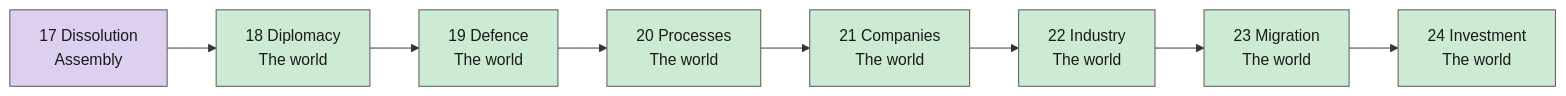
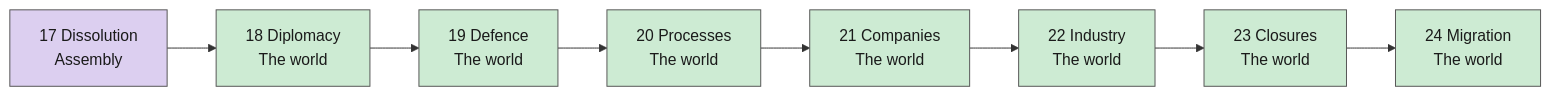
Before and after one commit to powerbassist/World-simulator: the third of 5 diagrams in docs/tick-order.md, drawn with Mermaid. The commit also changed other lines of this file and 15 other files, not shown here.

````diff
--- a/docs/tick-order.md
+++ b/docs/tick-order.md
@@ -63,18 +63,18 @@
 ```mermaid
 flowchart LR
   s17["17 Dissolution<br/>Assembly"]:::g2
   s18["18 Diplomacy<br/>The world"]:::g3
   s19["19 Defence<br/>The world"]:::g3
   s20["20 Processes<br/>The world"]:::g3
   s21["21 Companies<br/>The world"]:::g3
   s22["22 Industry<br/>The world"]:::g3
-  s23["23 Migration<br/>The world"]:::g3
-  s24["24 Investment<br/>The world"]:::g3
+  s23["23 Closures<br/>The world"]:::g3
+  s24["24 Migration<br/>The world"]:::g3
   s17 --> s18 --> s19 --> s20 --> s21 --> s22 --> s23 --> s24
   classDef g0 fill:#cfe3f7,stroke:#555,color:#1a1a1a
   classDef g1 fill:#f6dcc2,stroke:#555,color:#1a1a1a
   classDef g2 fill:#dccff0,stroke:#555,color:#1a1a1a
   classDef g3 fill:#cdebd3,stroke:#555,color:#1a1a1a
   classDef g4 fill:#f3e7b5,stroke:#555,color:#1a1a1a
   classDef g5 fill:#f2cfd3,stroke:#555,color:#1a1a1a
 ```
````
